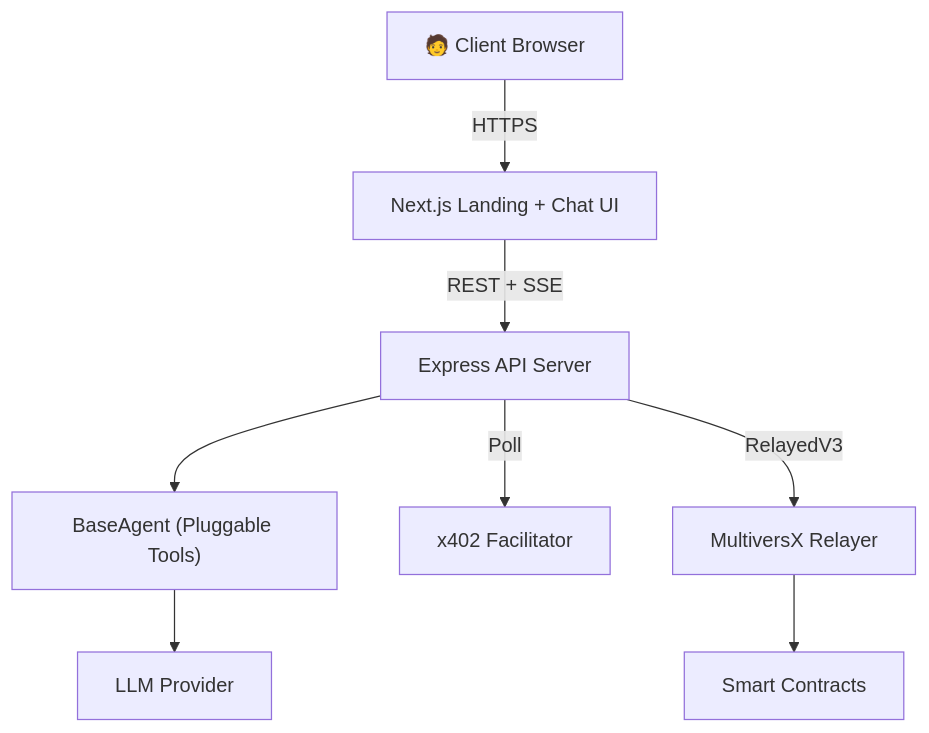
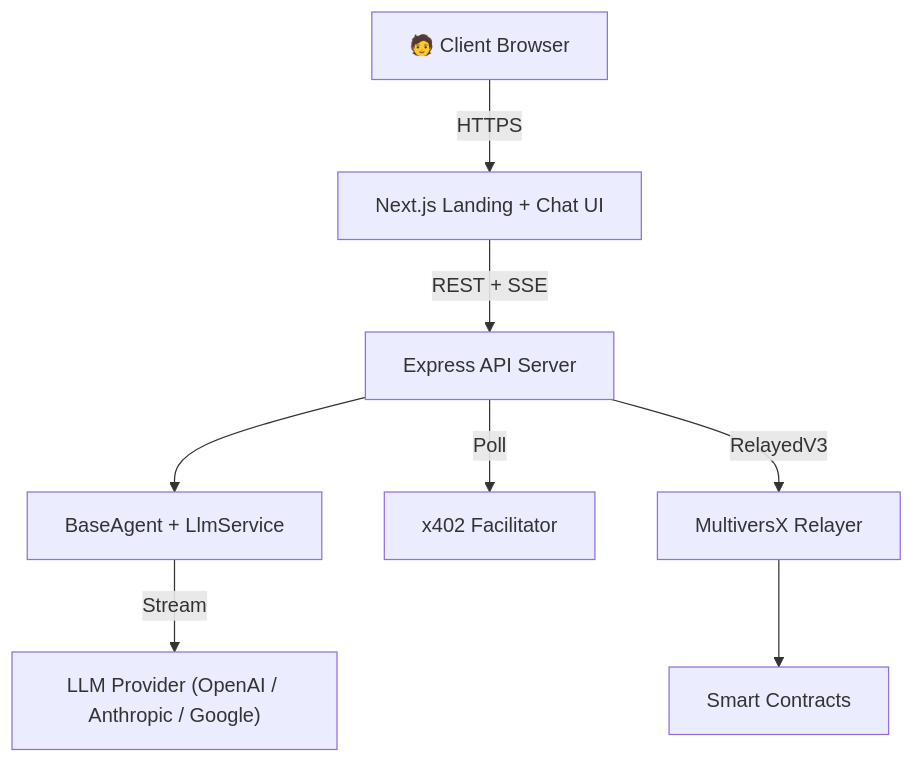
Before and after one commit to sasurobert/mx-openclaw-template-solution: the diagram in README.md, drawn with Mermaid. The commit also changed other lines of this file and 1 other file, not shown here.

````diff
--- a/README.md
+++ b/README.md
@@ -36,19 +66,19 @@
 ```mermaid
 graph TB
     Client["🧑 Client Browser"]
     Frontend["Next.js Landing + Chat UI"]
     Backend["Express API Server"]
-    Agent["BaseAgent (Pluggable Tools)"]
+    Agent["BaseAgent + LlmService"]
     Facilitator["x402 Facilitator"]
     Relayer["MultiversX Relayer"]
     SC["Smart Contracts"]
-    LLM["LLM Provider"]
+    LLM["LLM Provider (OpenAI / Anthropic / Google)"]
 
     Client -->|HTTPS| Frontend
     Frontend -->|REST + SSE| Backend
     Backend --> Agent
-    Agent --> LLM
+    Agent -->|Stream| LLM
     Backend -->|Poll| Facilitator
     Backend -->|RelayedV3| Relayer
     Relayer --> SC
 ```
````
